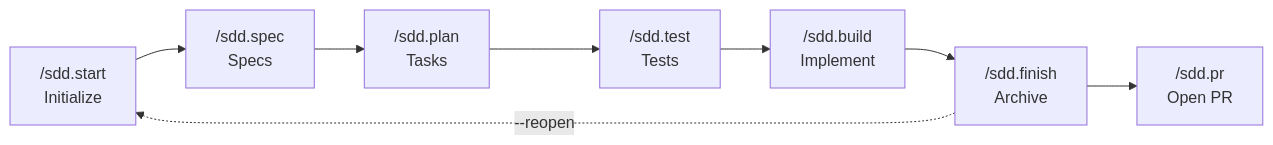
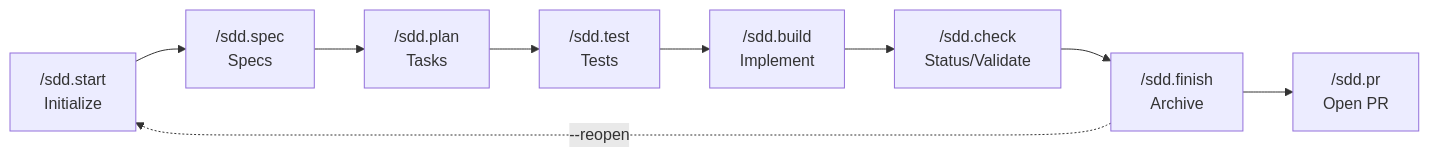
Before and after one commit to danilo-sf-dev/development-agents: the diagram in framework/PIPELINE.md, drawn with Mermaid. The commit also changed other lines of this file and 137 other files, not shown here.

````diff
--- a/framework/PIPELINE.md
+++ b/framework/PIPELINE.md
@@ -28,10 +28,11 @@
 ```mermaid
 graph LR
     A["/sdd.start<br/>Initialize"] --> B["/sdd.spec<br/>Specs"]
     B --> C["/sdd.plan<br/>Tasks"]
     C --> T["/sdd.test<br/>Tests"]
     T --> D["/sdd.build<br/>Implement"]
-    D --> E["/sdd.finish<br/>Archive"]
+    D --> K["/sdd.check<br/>Status/Validate"]
+    K --> E["/sdd.finish<br/>Archive"]
     E --> P["/sdd.pr<br/>Open PR"]
     E -.->|"--reopen"| A
 ```
````
